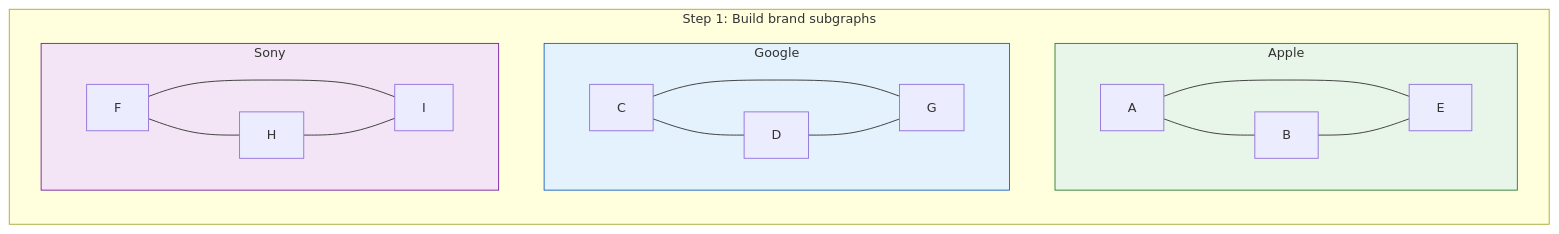
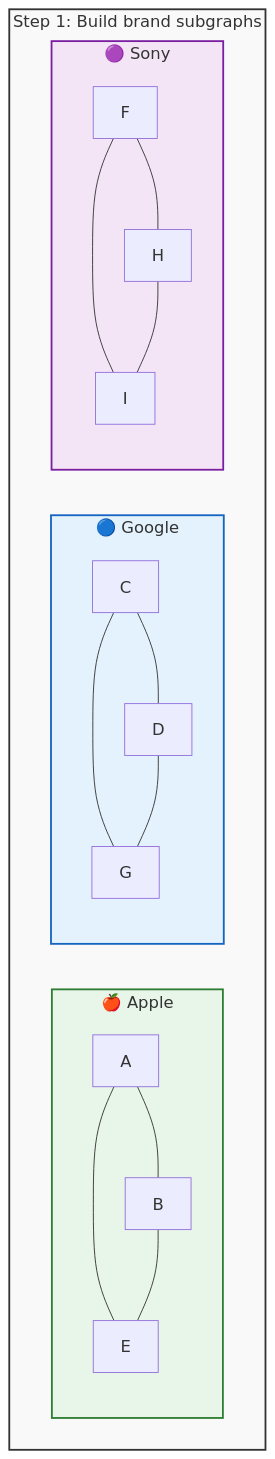
Before and after one commit to chsafouane/chsafouane.github.io: the diagram in posts/Why WHERE clauses can break your vector search/assets/brand-subgraphs.mmd, drawn with Mermaid. The commit also changed 10 other files, not shown here.

```diff
--- a/posts/Why WHERE clauses can break your vector search/assets/brand-subgraphs.mmd
+++ b/posts/Why WHERE clauses can break your vector search/assets/brand-subgraphs.mmd
@@ -1,23 +1,28 @@
-%%{init: {'theme': 'default', 'themeVariables': { 'fontSize': '14px' }}}%%
-flowchart LR
+%%{init: {'theme': 'default', 'themeVariables': { 'fontSize': '18px', 'nodeTextColor': '#333' }}}%%
+flowchart TB
     subgraph step1["Step 1: Build brand subgraphs"]
-        subgraph apple["Apple"]
+        direction LR
+        subgraph apple["🍎 Apple"]
+            direction TB
             LA["A"] --- LB["B"]
             LA --- LE["E"]
             LB --- LE
         end
-        subgraph google["Google"]
+        subgraph google["🔵 Google"]
+            direction TB
             LC["C"] --- LD["D"]
             LC --- LG["G"]
             LD --- LG
         end
-        subgraph sony["Sony"]
+        subgraph sony["🟣 Sony"]
+            direction TB
             LF["F"] --- LH["H"]
             LF --- LI["I"]
             LH --- LI
         end
     end
     
-    style apple fill:#e8f5e9,stroke:#2e7d32
-    style google fill:#e3f2fd,stroke:#1565c0
-    style sony fill:#f3e5f5,stroke:#7b1fa2
+    style step1 fill:#f9f9f9,stroke:#333,stroke-width:2px
+    style apple fill:#e8f5e9,stroke:#2e7d32,stroke-width:2px
+    style google fill:#e3f2fd,stroke:#1565c0,stroke-width:2px
+    style sony fill:#f3e5f5,stroke:#7b1fa2,stroke-width:2px
```
